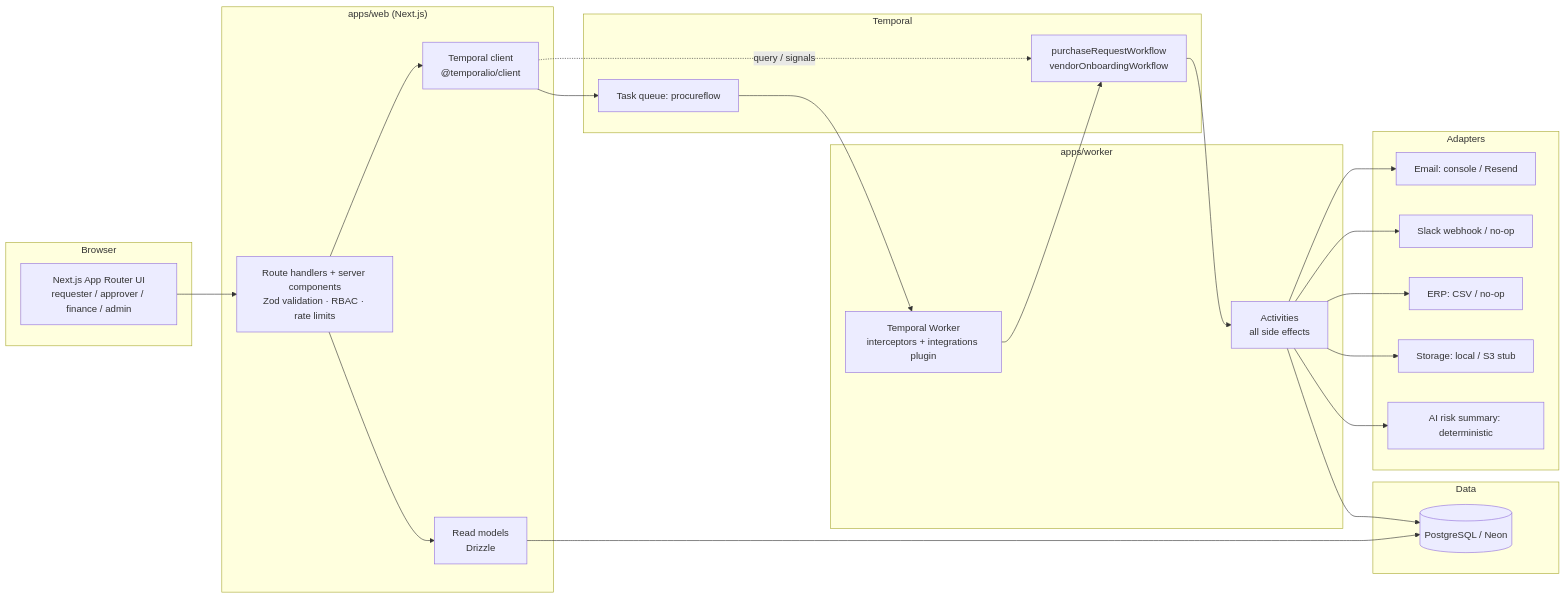
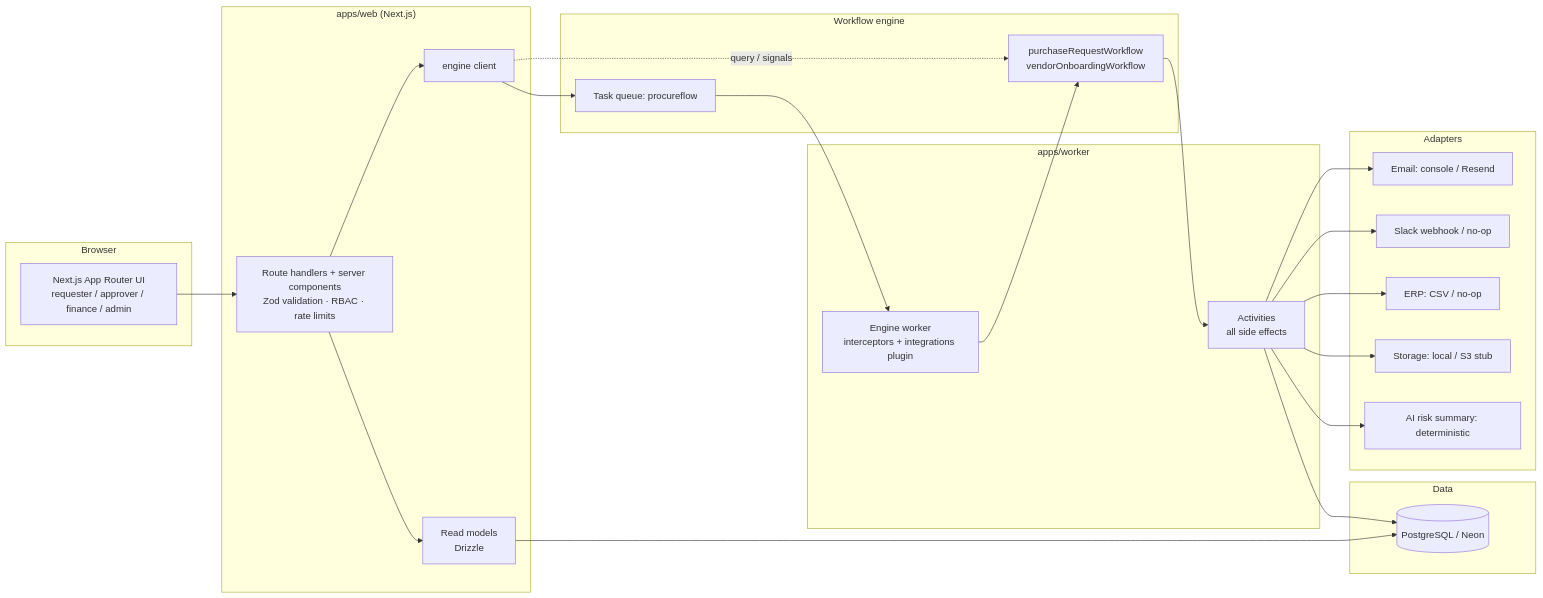
Before and after one commit to olenny-coder/procureflow: the first of 2 diagrams in README.md, drawn with Mermaid. The commit also changed other lines of this file and 52 other files, not shown here.

````diff
--- a/README.md
+++ b/README.md
@@ -31,48 +33,48 @@
 ```mermaid
 flowchart LR
   subgraph Browser
     UI["Next.js App Router UI<br/>requester / approver / finance / admin"]
   end
 
   subgraph Web["apps/web (Next.js)"]
     API["Route handlers + server components<br/>Zod validation · RBAC · rate limits"]
-    TC["Temporal client<br/>@temporalio/client"]
+    TC["engine client"]
     DBREAD["Read models<br/>Drizzle"]
   end
 
-  subgraph Temporal["Temporal"]
+  subgraph Engine["Workflow engine"]
     WF["purchaseRequestWorkflow<br/>vendorOnboardingWorkflow"]
     TQ["Task queue: procureflow"]
   end
 
   subgraph Worker["apps/worker"]
-    W["Temporal Worker<br/>interceptors + integrations plugin"]
+    W["Engine worker<br/>interceptors + integrations plugin"]
     ACT["Activities<br/>all side effects"]
   end
 
   subgraph Data
     PG[("PostgreSQL / Neon")]
   end
 
   subgraph Adapters
     EMAIL["Email: console / Resend"]
     SLACK["Slack webhook / no-op"]
     ERP["ERP: CSV / no-op"]
     STORE["Storage: local / S3 stub"]
     AI["AI risk summary: deterministic"]
   end
 
   UI --> API
   API --> DBREAD --> PG
   API --> TC --> TQ
   TQ --> W
   W --> WF
   WF --> ACT
   ACT --> PG
   ACT --> EMAIL
   ACT --> SLACK
   ACT --> ERP
   ACT --> STORE
   ACT --> AI
   TC -. query / signals .-> WF
 ```
````
